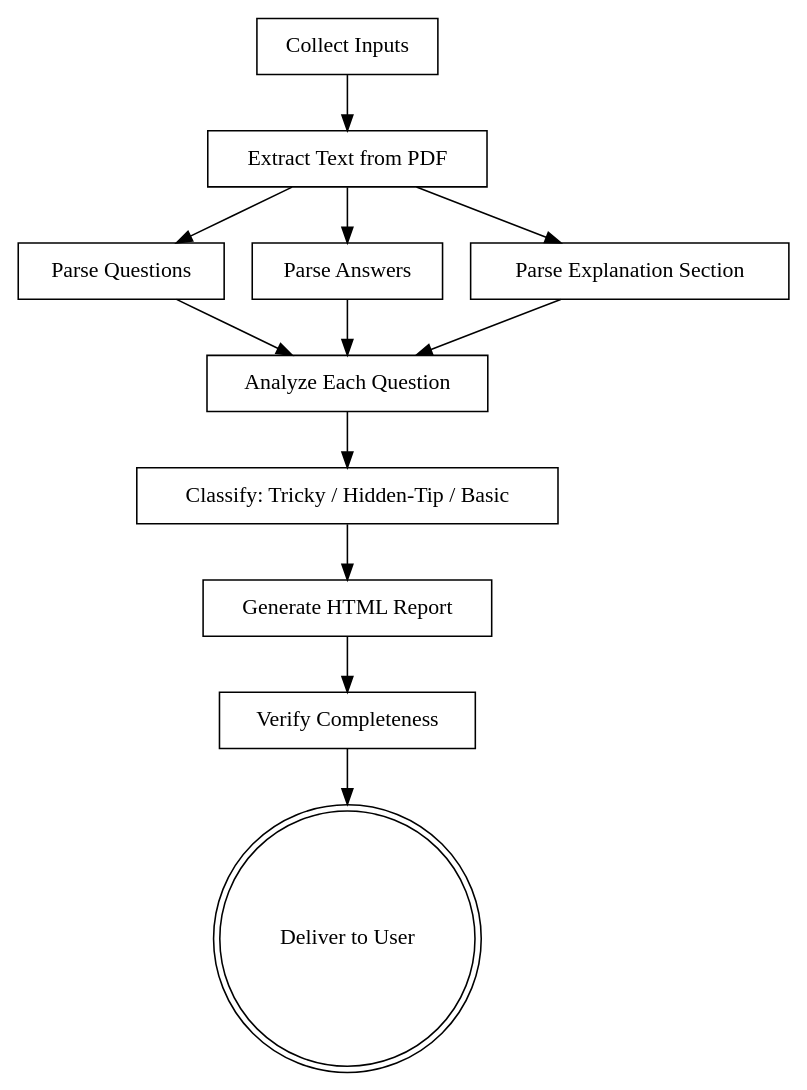
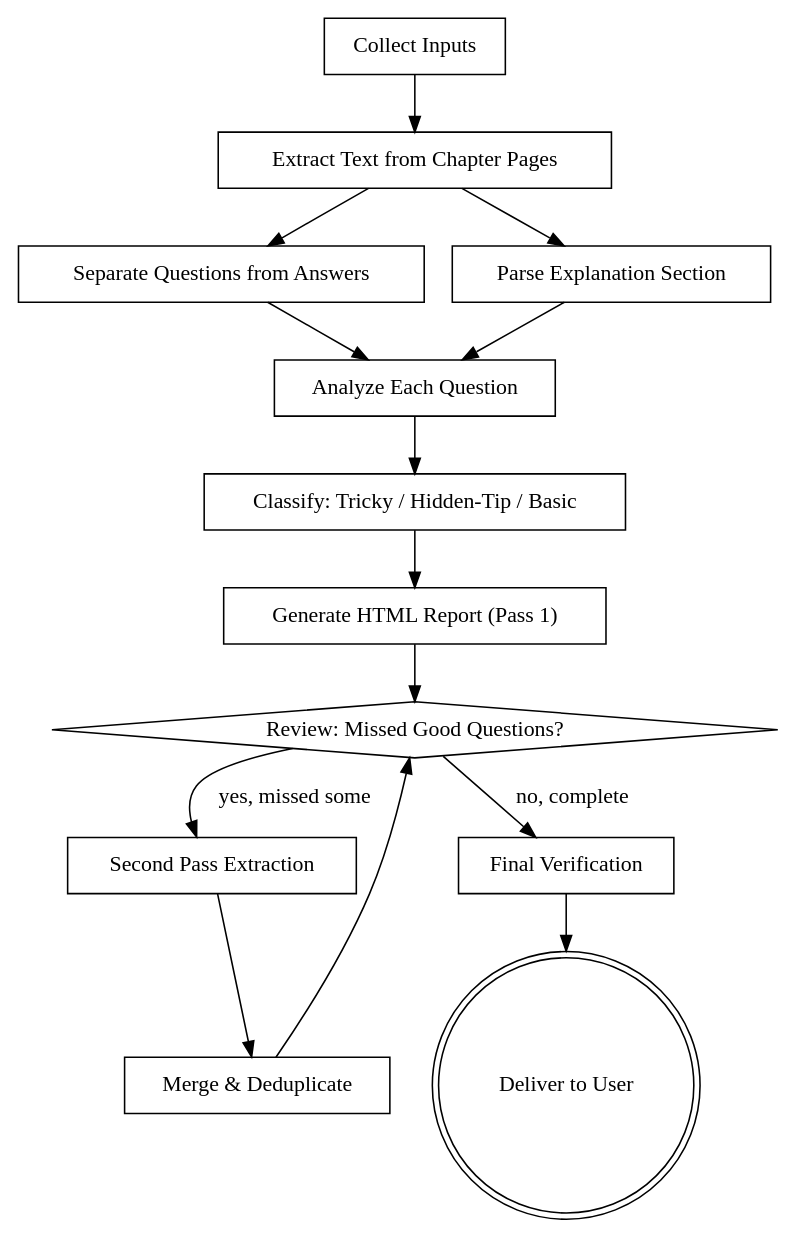
One commit to alirzaMhd/dars-arshad changed the diagram in .opencode/skills/exam-prep-from-pdf/SKILL.md. Above: the diagram before and after it, drawn with Graphviz. The commit also changed other lines of this file, not shown here.

````diff
--- a/.opencode/skills/exam-prep-from-pdf/SKILL.md
+++ b/.opencode/skills/exam-prep-from-pdf/SKILL.md
@@ -44,26 +45,30 @@
 ```dot
 digraph exam_prep {
     "Collect Inputs" [shape=box];
-    "Extract Text from PDF" [shape=box];
-    "Parse Questions" [shape=box];
-    "Parse Answers" [shape=box];
+    "Extract Text from Chapter Pages" [shape=box];
+    "Separate Questions from Answers" [shape=box];
     "Parse Explanation Section" [shape=box];
     "Analyze Each Question" [shape=box];
     "Classify: Tricky / Hidden-Tip / Basic" [shape=box];
-    "Generate HTML Report" [shape=box];
-    "Verify Completeness" [shape=box];
+    "Generate HTML Report (Pass 1)" [shape=box];
+    "Review: Missed Good Questions?" [shape=diamond];
+    "Second Pass Extraction" [shape=box];
+    "Merge & Deduplicate" [shape=box];
+    "Final Verification" [shape=box];
     "Deliver to User" [shape=doublecircle];
 
-    "Collect Inputs" -> "Extract Text from PDF";
-    "Extract Text from PDF" -> "Parse Questions";
-    "Extract Text from PDF" -> "Parse Answers";
-    "Extract Text from PDF" -> "Parse Explanation Section";
-    "Parse Questions" -> "Analyze Each Question";
-    "Parse Answers" -> "Analyze Each Question";
+    "Collect Inputs" -> "Extract Text from Chapter Pages";
+    "Extract Text from Chapter Pages" -> "Separate Questions from Answers";
+    "Extract Text from Chapter Pages" -> "Parse Explanation Section";
+    "Separate Questions from Answers" -> "Analyze Each Question";
     "Parse Explanation Section" -> "Analyze Each Question";
     "Analyze Each Question" -> "Classify: Tricky / Hidden-Tip / Basic";
-    "Classify: Tricky / Hidden-Tip / Basic" -> "Generate HTML Report";
-    "Generate HTML Report" -> "Verify Completeness";
-    "Verify Completeness" -> "Deliver to User";
+    "Classify: Tricky / Hidden-Tip / Basic" -> "Generate HTML Report (Pass 1)";
+    "Generate HTML Report (Pass 1)" -> "Review: Missed Good Questions?";
+    "Review: Missed Good Questions?" -> "Second Pass Extraction" [label="yes, missed some"];
+    "Review: Missed Good Questions?" -> "Final Verification" [label="no, complete"];
+    "Second Pass Extraction" -> "Merge & Deduplicate";
+    "Merge & Deduplicate" -> "Review: Missed Good Questions?";
+    "Final Verification" -> "Deliver to User";
 }
 ```
````
